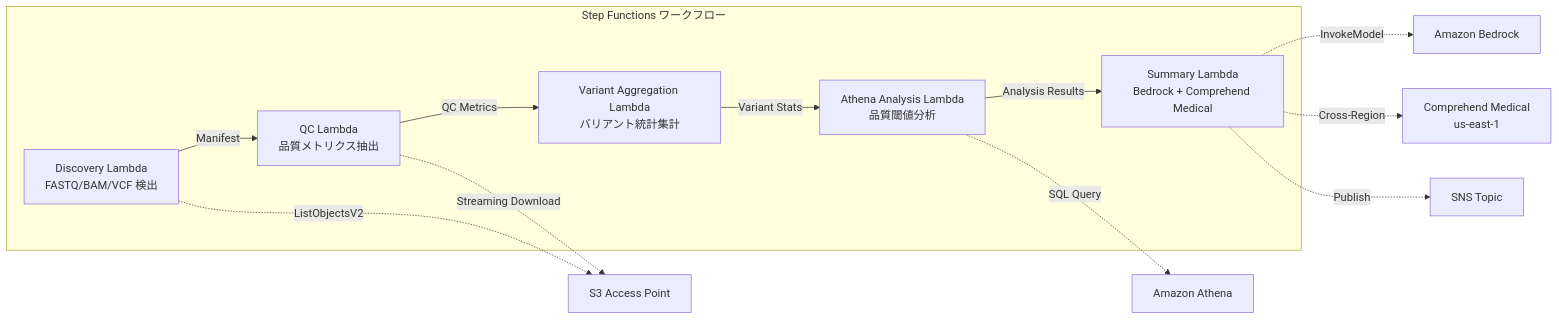
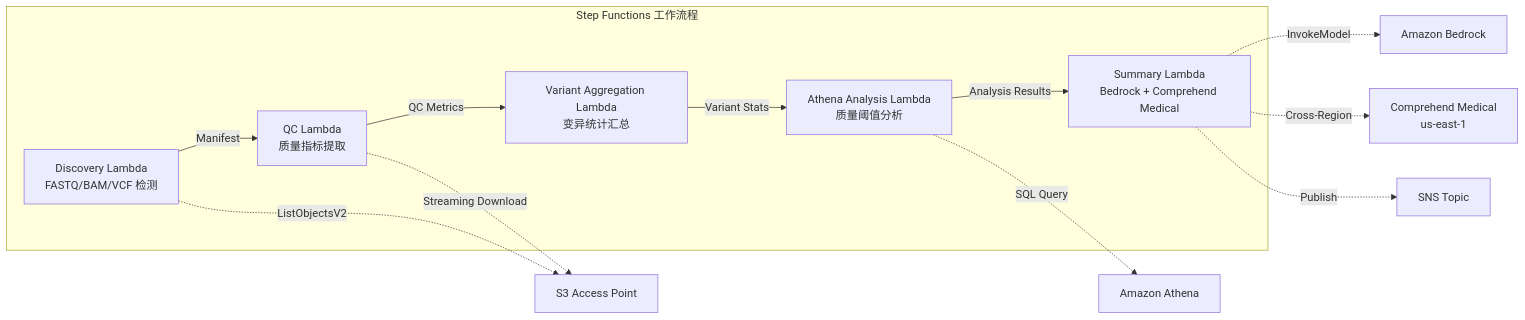
One commit to Yoshiki0705/FSx-for-ONTAP-S3AccessPoints-Serverless-Patterns changed the diagram in solutions/industry/genomics-pipeline/README.zh-CN.md. Above: the diagram before and after it, drawn with Mermaid. The commit also changed other lines of this file and 20 other files, not shown here.

````diff
--- a/solutions/industry/genomics-pipeline/README.zh-CN.md
+++ b/solutions/industry/genomics-pipeline/README.zh-CN.md
@@ -44,22 +57,22 @@
 ```mermaid
 graph LR
-    subgraph "Step Functions ワークフロー"
-        D[Discovery Lambda<br/>FASTQ/BAM/VCF 検出]
-        QC[QC Lambda<br/>品質メトリクス抽出]
-        VA[Variant Aggregation Lambda<br/>バリアント統計集計]
-        ATH[Athena Analysis Lambda<br/>品質閾値分析]
+    subgraph "Step Functions 工作流程"
+        D[Discovery Lambda<br/>FASTQ/BAM/VCF 检测]
+        QC[QC Lambda<br/>质量指标提取]
+        VA[Variant Aggregation Lambda<br/>变异统计汇总]
+        ATH[Athena Analysis Lambda<br/>质量阈值分析]
         SUM[Summary Lambda<br/>Bedrock + Comprehend Medical]
     end
 
     D -->|Manifest| QC
     QC -->|QC Metrics| VA
     VA -->|Variant Stats| ATH
     ATH -->|Analysis Results| SUM
 
     D -.->|ListObjectsV2| S3AP[S3 Access Point]
     QC -.->|Streaming Download| S3AP
     ATH -.->|SQL Query| Athena[Amazon Athena]
     SUM -.->|InvokeModel| Bedrock[Amazon Bedrock]
     SUM -.->|Cross-Region| CM[Comprehend Medical<br/>us-east-1]
     SUM -.->|Publish| SNS[SNS Topic]
 ```
````
